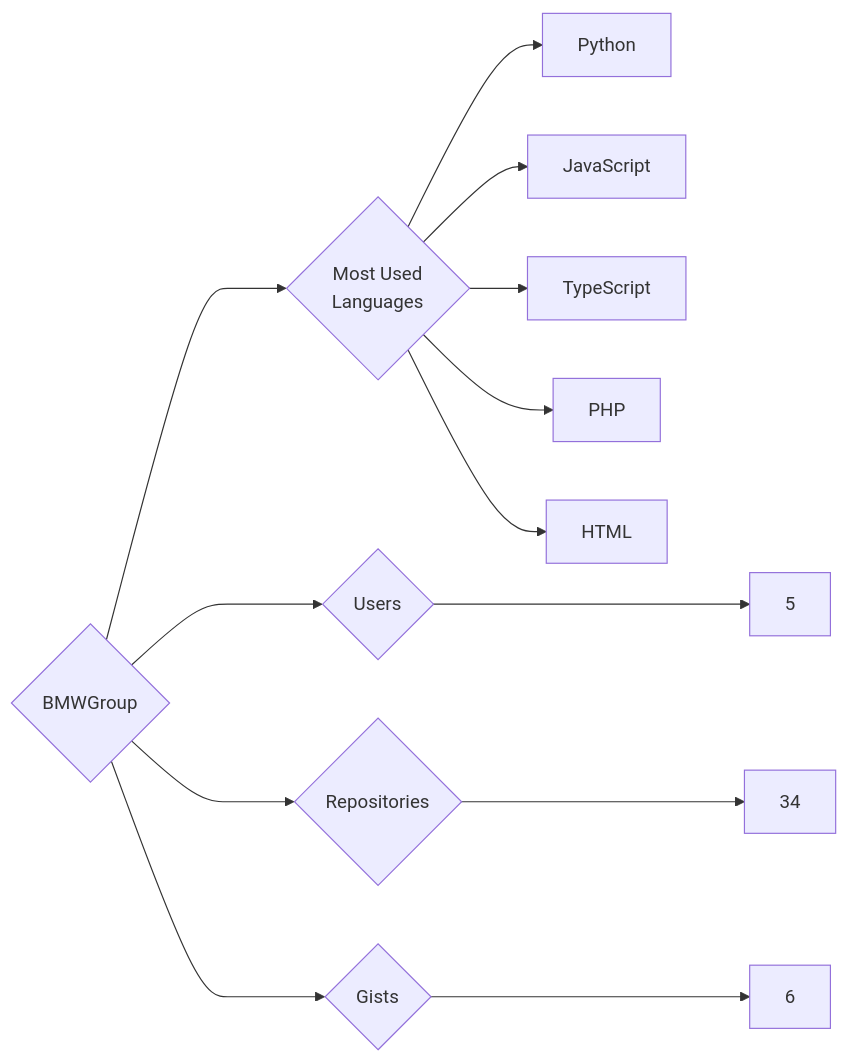
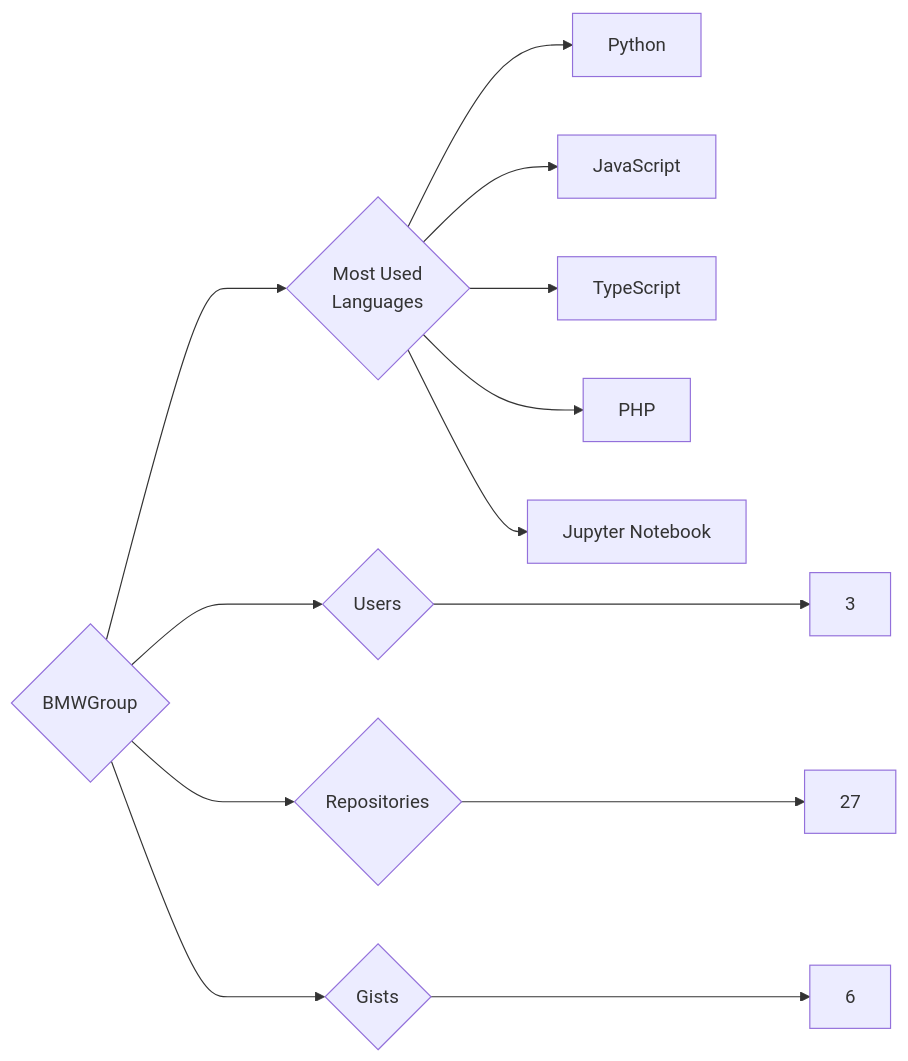
One commit to trickest/insiders changed the diagram in targets/BMWGroup/README.md. Above: the diagram before and after it, drawn with Mermaid. The commit also changed 1088 other files, not shown here.

````diff
--- a/targets/BMWGroup/README.md
+++ b/targets/BMWGroup/README.md
@@ -3,13 +3,13 @@
 ```mermaid
 graph LR
 COMPANY_NAME{BMWGroup}
-COMPANY_NAME ---> U{Users} ---> UN[5]
-COMPANY_NAME ---> R{Repositories} ---> RN[34]
+COMPANY_NAME ---> U{Users} ---> UN[3]
+COMPANY_NAME ---> R{Repositories} ---> RN[27]
 COMPANY_NAME ---> G{Gists} ---> GN[6]
 COMPANY_NAME ---> ML{Most Used<br>Languages}
 ML --> Python[Python]
 ML --> JavaScript[JavaScript]
 ML --> TypeScript[TypeScript]
 ML --> PHP[PHP]
-ML --> HTML[HTML]
+ML --> Jupyter_Notebook[Jupyter Notebook]
 ```
````
